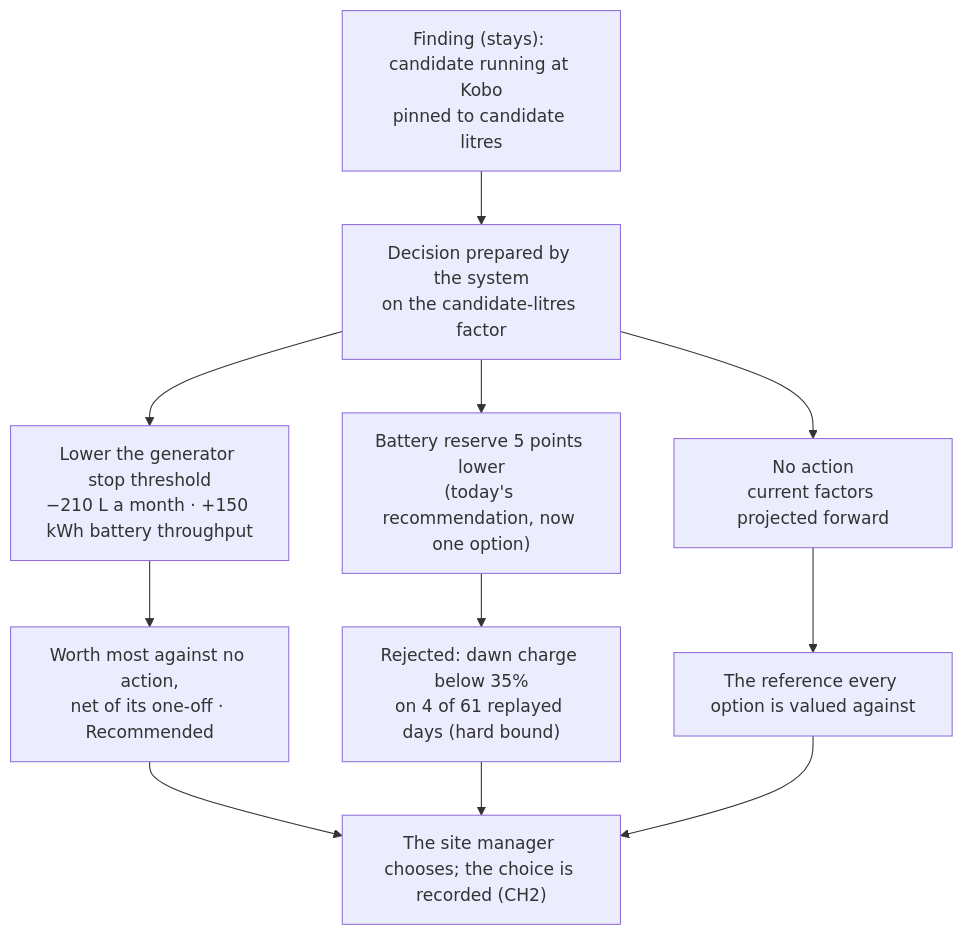
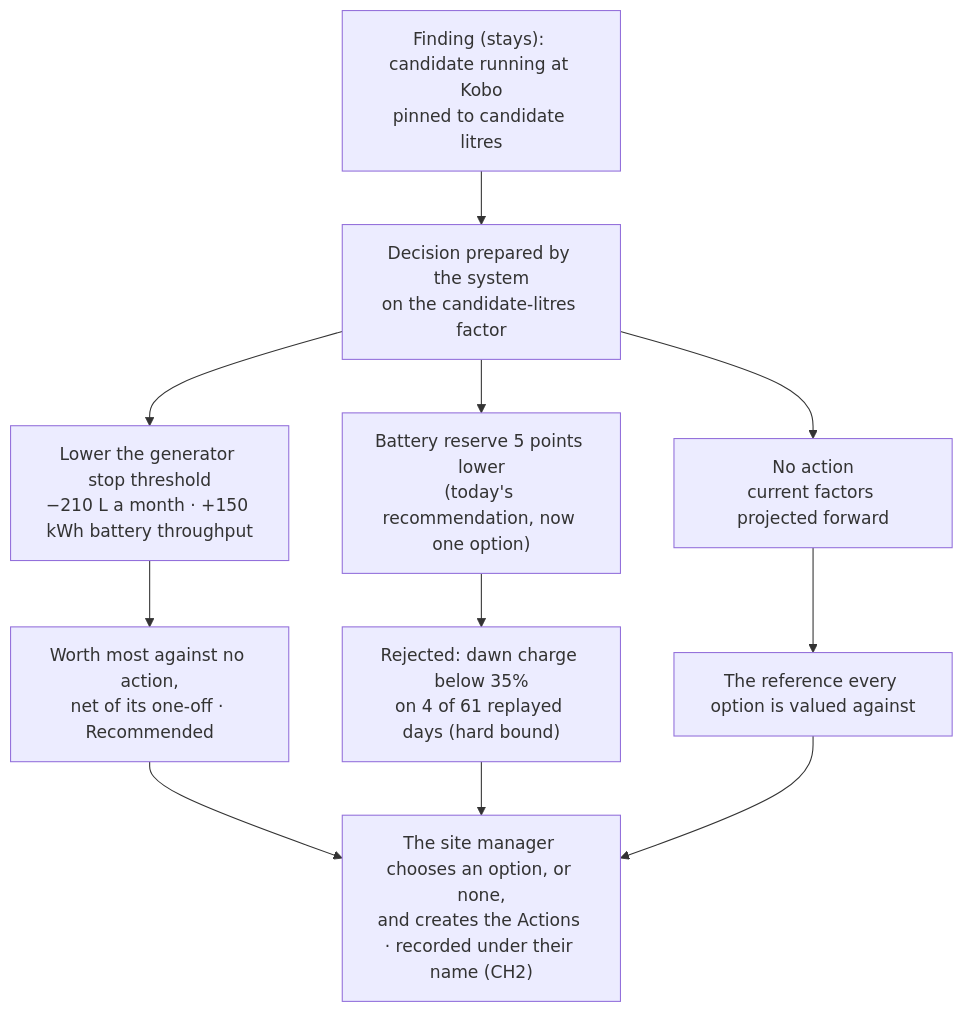
The fifth of 10 diagrams in Docs/demo-sprint/product-direction-layer4/layer4-transformation-design.md (bineyame/AssetOpsV1), drawn with Mermaid before and after one commit. The commit also changed other lines of this file and 4 other files, not shown here.

````diff
--- a/Docs/demo-sprint/product-direction-layer4/layer4-transformation-design.md
+++ b/Docs/demo-sprint/product-direction-layer4/layer4-transformation-design.md
@@ -379,11 +396,11 @@
 ```mermaid
 flowchart TB
   F["Finding (stays): candidate running at Kobo<br/>pinned to candidate litres"] --> D["Decision prepared by the system<br/>on the candidate-litres factor"]
   D --> O1["Lower the generator stop threshold<br/>−210 L a month · +150 kWh battery throughput"]
   D --> O2["Battery reserve 5 points lower<br/>(today's recommendation, now one option)"]
   D --> O0["No action<br/>current factors projected forward"]
   O1 --> V1["Worth most against no action,<br/>net of its one-off · Recommended"]
   O2 --> V2["Rejected: dawn charge below 35%<br/>on 4 of 61 replayed days (hard bound)"]
   O0 --> V0["The reference every option is valued against"]
-  V1 & V2 & V0 --> P["The site manager chooses; the choice is recorded (CH2)"]
+  V1 & V2 & V0 --> P["The site manager chooses an option, or none,<br/>and creates the Actions · recorded under their name (CH2)"]
 ```
````
